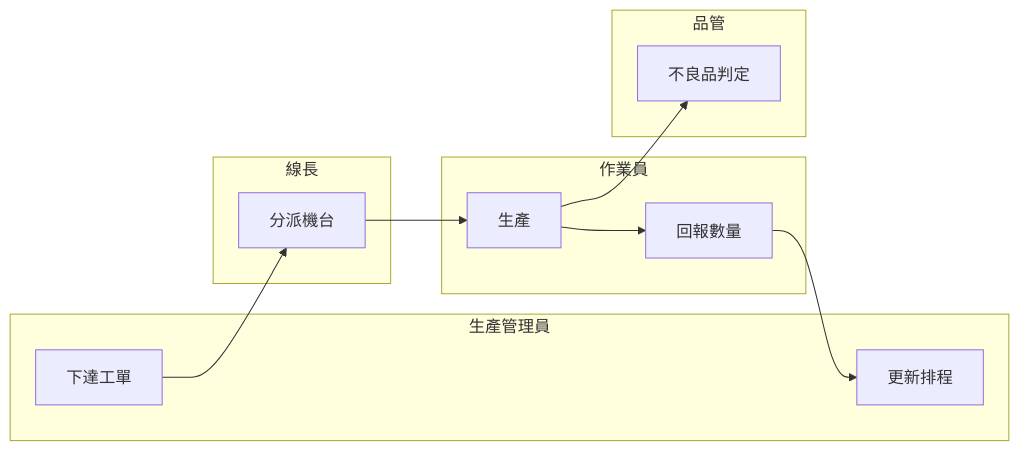
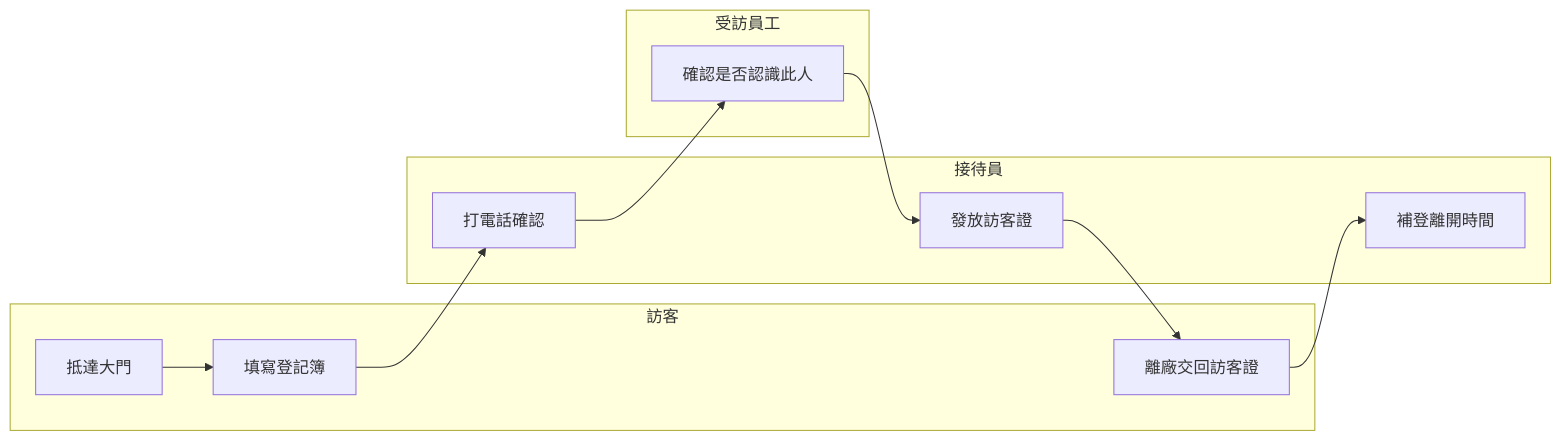
Before and after one commit to billy1125/system-analysis-and-design: the first of 3 diagrams in 01-Course-Materials/03-User-Analysis.md, drawn with Mermaid. The commit also changed other lines of this file and 30 other files, not shown here.

````diff
--- a/01-Course-Materials/03-User-Analysis.md
+++ b/01-Course-Materials/03-User-Analysis.md
@@ -241,20 +241,19 @@
 ```mermaid
 flowchart LR
-    subgraph PC[生產管理員]
-        A1[下達工單]
-        A4[更新排程]
+    subgraph V[訪客]
+        A1[抵達大門]
+        A2[填寫登記簿]
+        A6[離廠交回訪客證]
     end
-    subgraph LL[線長]
-        A2[分派機台]
+    subgraph R[接待員]
+        A3[打電話確認]
+        A5[發放訪客證]
+        A7[補登離開時間]
     end
-    subgraph OP[作業員]
-        A3[生產]
-        A5[回報數量]
-    end
-    subgraph QC[品管]
-        A6[不良品判定]
+    subgraph E[受訪員工]
+        A4[確認是否認識此人]
     end
 
-    A1 --> A2 --> A3 --> A5 --> A4
-    A3 --> A6
+    A1 --> A2 --> A3 --> A4 --> A5
+    A5 --> A6 --> A7
 ```
````
